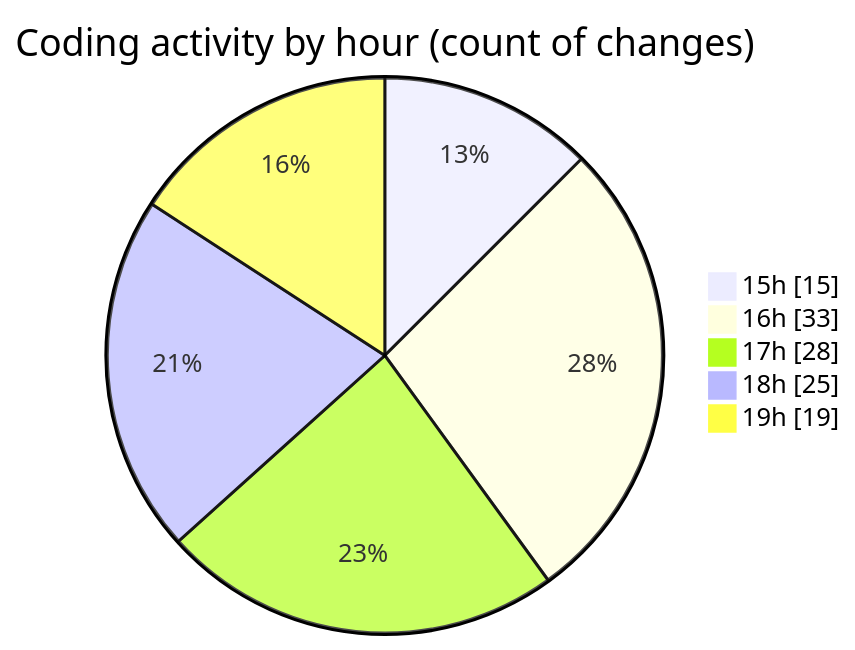
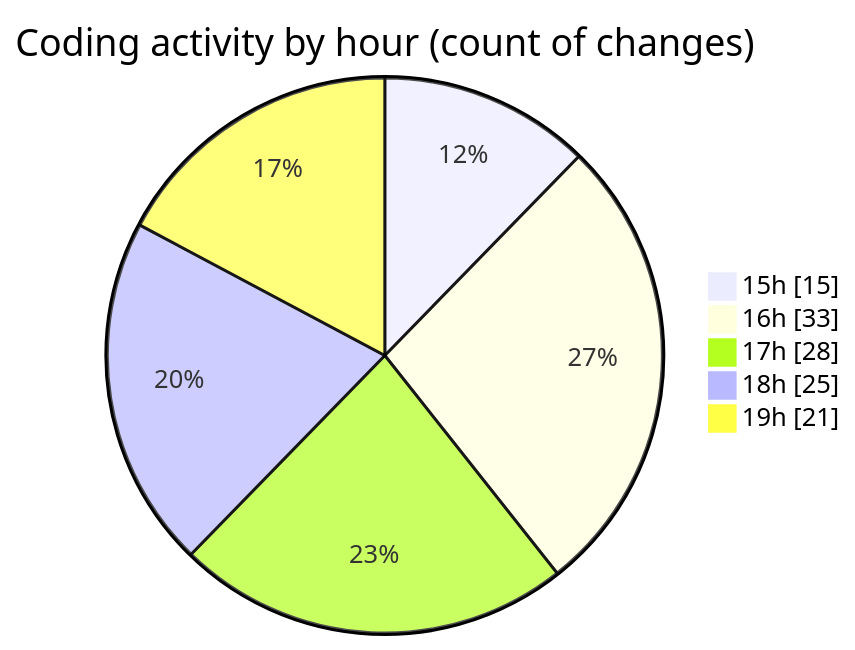
The second of 2 diagrams in 2025-02-25/trackers_app/README.md (donsfak/code-tracking), drawn with Mermaid before and after one commit. The commit also changed other lines of this file and 1 other file, not shown here.

````diff
--- a/2025-02-25/trackers_app/README.md
+++ b/2025-02-25/trackers_app/README.md
@@ -42,9 +42,9 @@
 ```mermaid
 pie showData
 title Coding activity by hour (count of changes)
 "15h" : 15
 "16h" : 33
 "17h" : 28
 "18h" : 25
-"19h" : 19
+"19h" : 21
 ```
````
